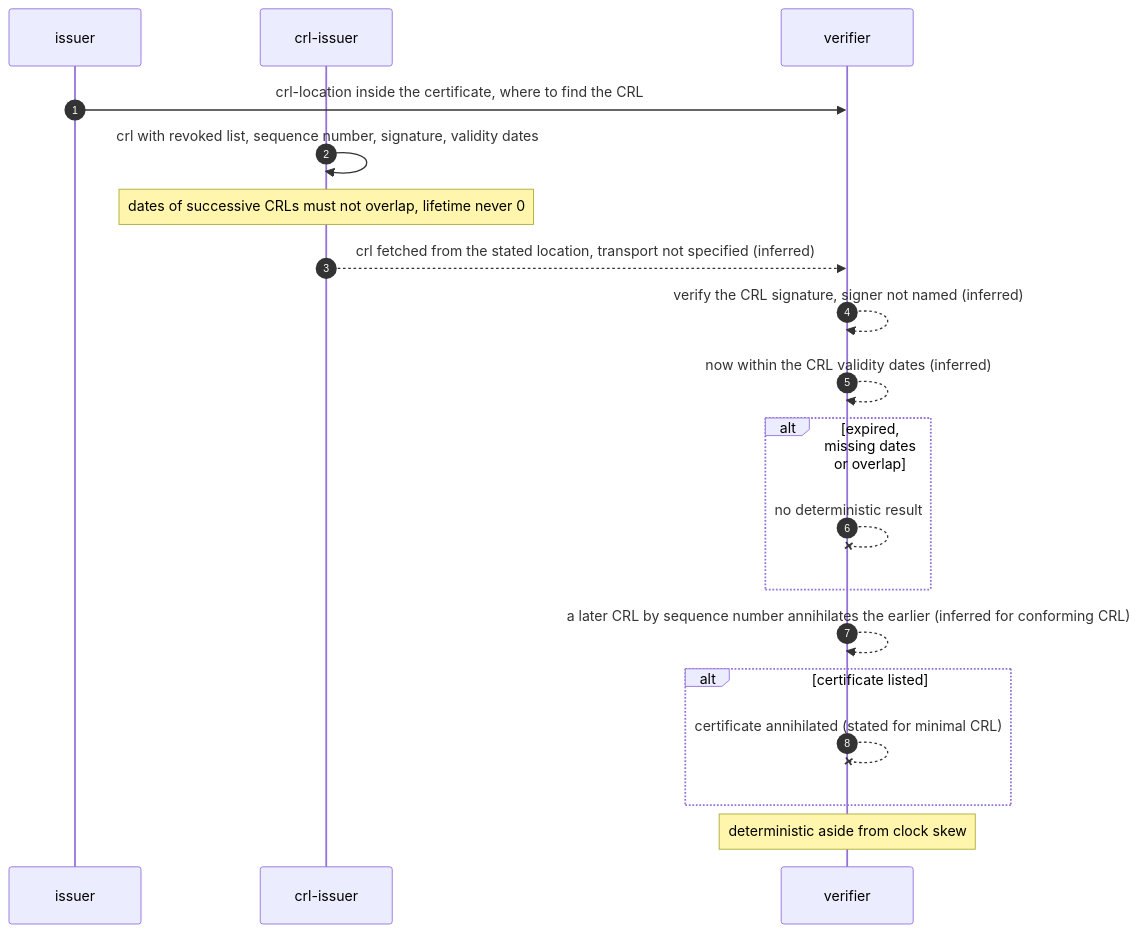
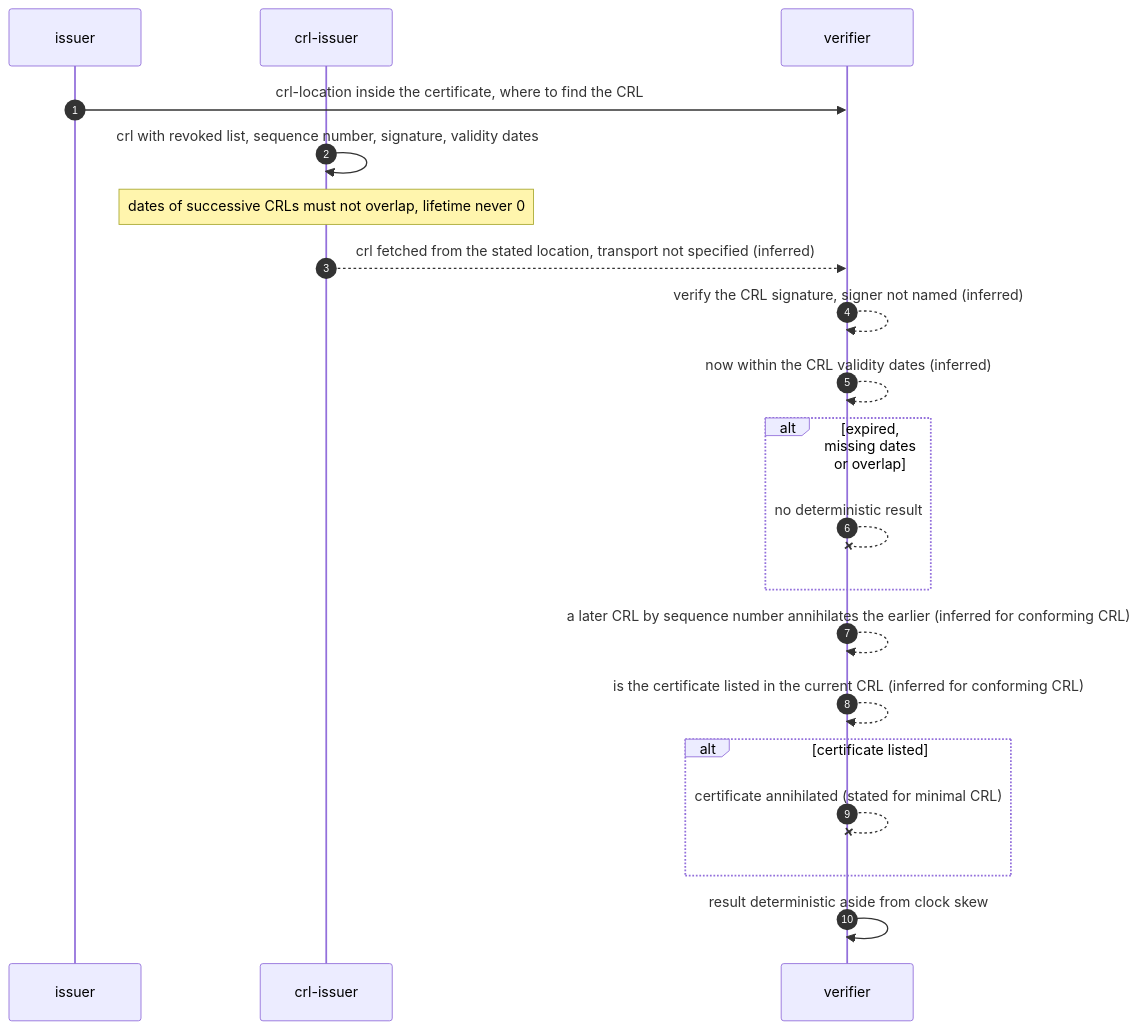
One commit to m-of-n/library changed the ninth of 26 diagrams in records/ietf/rfc-2692/distilled/protocol.md. Above: the diagram before and after it, drawn with Mermaid. The commit also changed other lines of this file and 9 other files, not shown here.

````diff
--- a/records/ietf/rfc-2692/distilled/protocol.md
+++ b/records/ietf/rfc-2692/distilled/protocol.md
@@ -313,21 +318,22 @@
 ```mermaid
 sequenceDiagram
   autonumber
   participant I as issuer
   participant C as crl-issuer
   participant V as verifier
   I->>V: crl-location inside the certificate, where to find the CRL
   C->>C: crl with revoked list, sequence number, signature, validity dates
   Note over C: dates of successive CRLs must not overlap, lifetime never 0
   C-->>V: crl fetched from the stated location, transport not specified (inferred)
   V-->>V: verify the CRL signature, signer not named (inferred)
   V-->>V: now within the CRL validity dates (inferred)
   alt expired, missing dates or overlap
     V--xV: no deterministic result
   end
   V-->>V: a later CRL by sequence number annihilates the earlier (inferred for conforming CRL)
+  V-->>V: is the certificate listed in the current CRL (inferred for conforming CRL)
   alt certificate listed
     V--xV: certificate annihilated (stated for minimal CRL)
   end
-  Note over V: deterministic aside from clock skew
+  V->>V: result deterministic aside from clock skew
 ```
````
